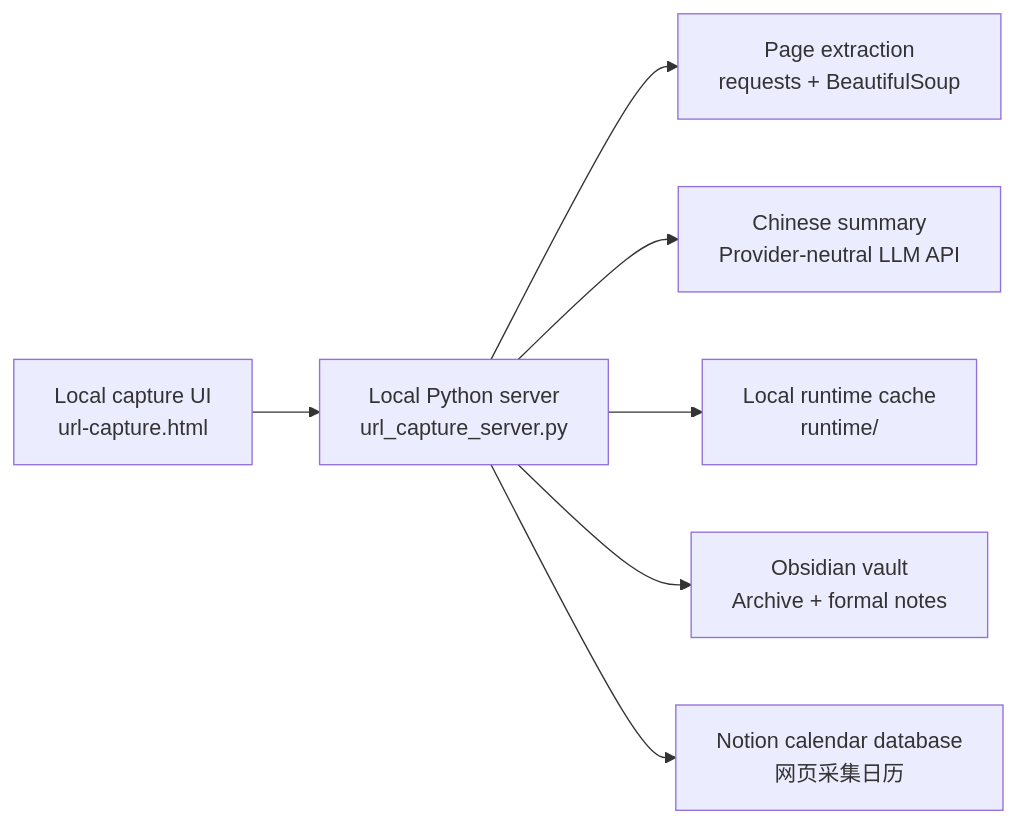
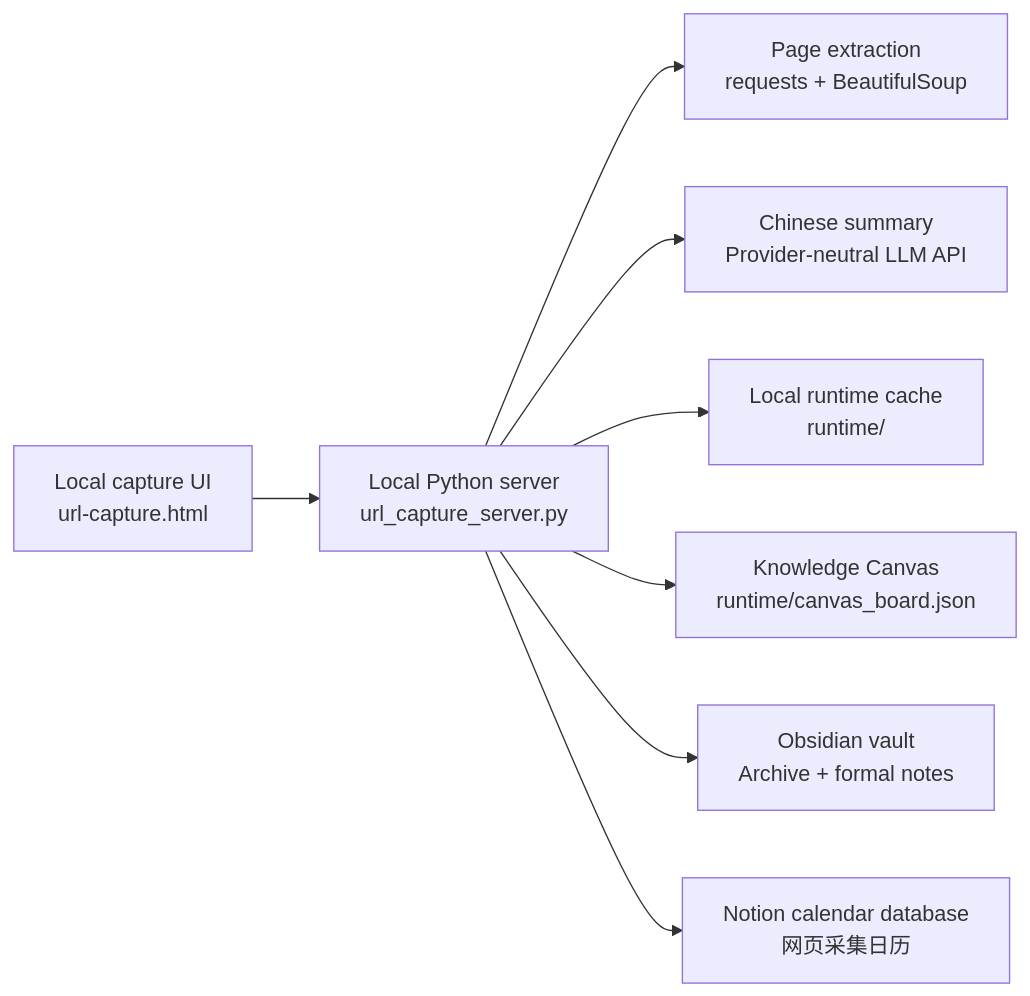
The diagram in docs/architecture.md (dongyongxue-collab/vault-capture), drawn with Mermaid before and after one commit. The commit also changed other lines of this file and 4 other files, not shown here.

````diff
--- a/docs/architecture.md
+++ b/docs/architecture.md
@@ -7,17 +7,19 @@
 ```mermaid
 flowchart LR
     Browser["Local capture UI<br/>url-capture.html"]
     Server["Local Python server<br/>url_capture_server.py"]
     Extractor["Page extraction<br/>requests + BeautifulSoup"]
     Summarizer["Chinese summary<br/>Provider-neutral LLM API"]
     Runtime["Local runtime cache<br/>runtime/"]
+    Canvas["Knowledge Canvas<br/>runtime/canvas_board.json"]
     Obsidian["Obsidian vault<br/>Archive + formal notes"]
     Notion["Notion calendar database<br/>网页采集日历"]
 
     Browser --> Server
     Server --> Extractor
     Server --> Summarizer
     Server --> Runtime
+    Server --> Canvas
     Server --> Obsidian
     Server --> Notion
 ```
````
